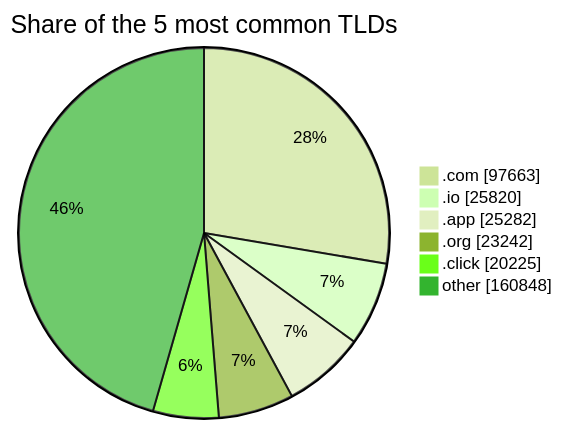
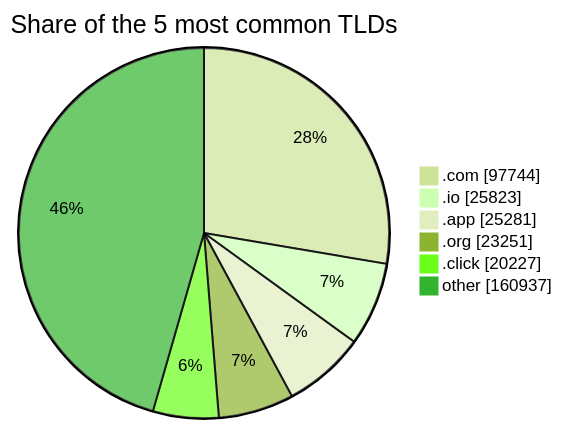
One commit to DNSBunker/CTI changed the third of 3 diagrams in README.md. Above: the diagram before and after it, drawn with Mermaid (forest theme). The commit also changed other lines of this file and 3 other files, not shown here.

````diff
--- a/README.md
+++ b/README.md
@@ -81,9 +81,9 @@
 ```mermaid
 pie showData title Share of the 5 most common TLDs
-    ".com" : 97663
-    ".io" : 25820
-    ".app" : 25282
-    ".org" : 23242
-    ".click" : 20225
-    "other" : 160848
+    ".com" : 97744
+    ".io" : 25823
+    ".app" : 25281
+    ".org" : 23251
+    ".click" : 20227
+    "other" : 160937
 ```
````
